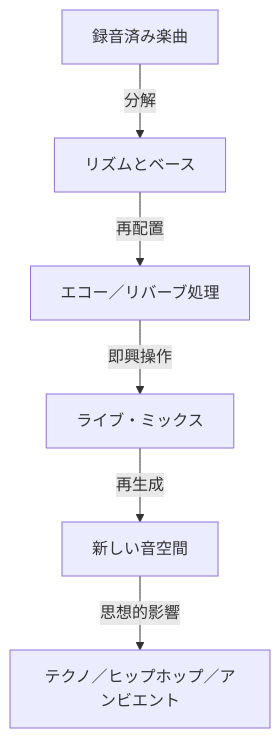
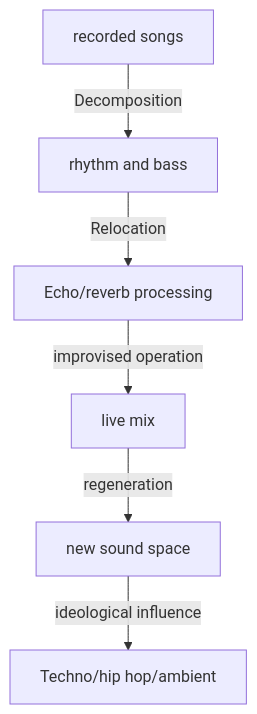
The second of 2 diagrams in en/_posts/2025-11-01-column-dub-universe.md (monumental-movement/monumental-movement.github.io), drawn with Mermaid before and after one commit. The commit also changed other lines of this file and 152 other files, not shown here.

```diff
--- a/en/_posts/2025-11-01-column-dub-universe.md
+++ b/en/_posts/2025-11-01-column-dub-universe.md
@@ -181,10 +181,10 @@
 <div class="mermaid">
 
 graph TD
-  A[録音済み楽曲] -->|分解| B[リズムとベース]
-  B -->|再配置| C[エコー／リバーブ処理]
-  C -->|即興操作| D[ライブ・ミックス]
-  D -->|再生成| E[新しい音空間]
-  E -->|思想的影響| F[テクノ／ヒップホップ／アンビエント]
+  A[recorded songs] -->|Decomposition| B[rhythm and bass]
+  B -->|Relocation| C[Echo/reverb processing]
+  C -->|improvised operation| D[live mix]
+  D -->|regeneration| E[new sound space]
+  E -->|ideological influence| F[Techno/hip hop/ambient]
 
 </div>
```
